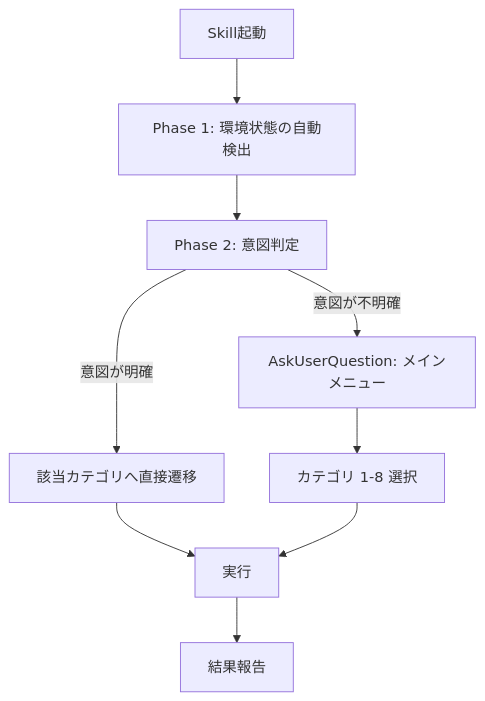
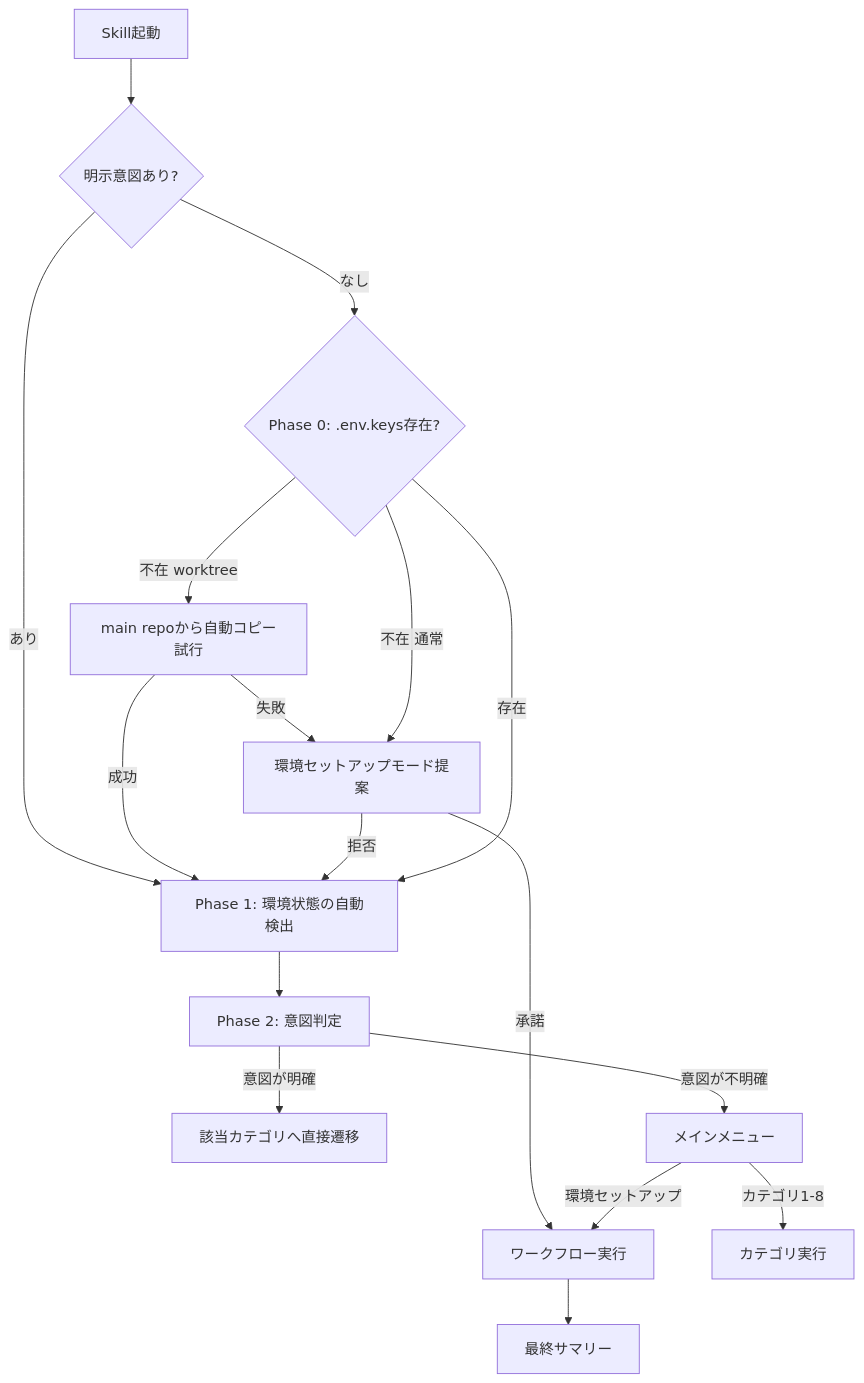
The diagram in .claude/skills/einja-infra-maintenance/SKILL.md (einja-inc/einja-management-template), drawn with Mermaid before and after one commit. The commit also changed other lines of this file and 2 other files, not shown here.

````diff
--- a/.claude/skills/einja-infra-maintenance/SKILL.md
+++ b/.claude/skills/einja-infra-maintenance/SKILL.md
@@ -34,11 +34,19 @@
 ```mermaid
 graph TB
-    Start[Skill起動] --> Detect[Phase 1: 環境状態の自動検出]
+    Start[Skill起動] --> Intent{明示意図あり?}
+    Intent -->|あり| Detect
+    Intent -->|なし| Phase0{Phase 0: .env.keys存在?}
+    Phase0 -->|不在 worktree| TryCopy[main repoから自動コピー試行]
+    TryCopy -->|成功| Detect
+    TryCopy -->|失敗| Propose
+    Phase0 -->|不在 通常| Propose[環境セットアップモード提案]
+    Propose -->|承諾| Workflow[ワークフロー実行]
+    Propose -->|拒否| Detect
+    Phase0 -->|存在| Detect[Phase 1: 環境状態の自動検出]
     Detect --> Judge[Phase 2: 意図判定]
     Judge -->|意図が明確| Direct[該当カテゴリへ直接遷移]
-    Judge -->|意図が不明確| Menu[AskUserQuestion: メインメニュー]
-    Menu --> Cat[カテゴリ 1-8 選択]
-    Direct --> Exec[実行]
-    Cat --> Exec
-    Exec --> Result[結果報告]
+    Judge -->|意図が不明確| Menu[メインメニュー]
+    Menu -->|環境セットアップ| Workflow
+    Menu -->|カテゴリ1-8| Cat[カテゴリ実行]
+    Workflow --> Result[最終サマリー]
 ```
````
